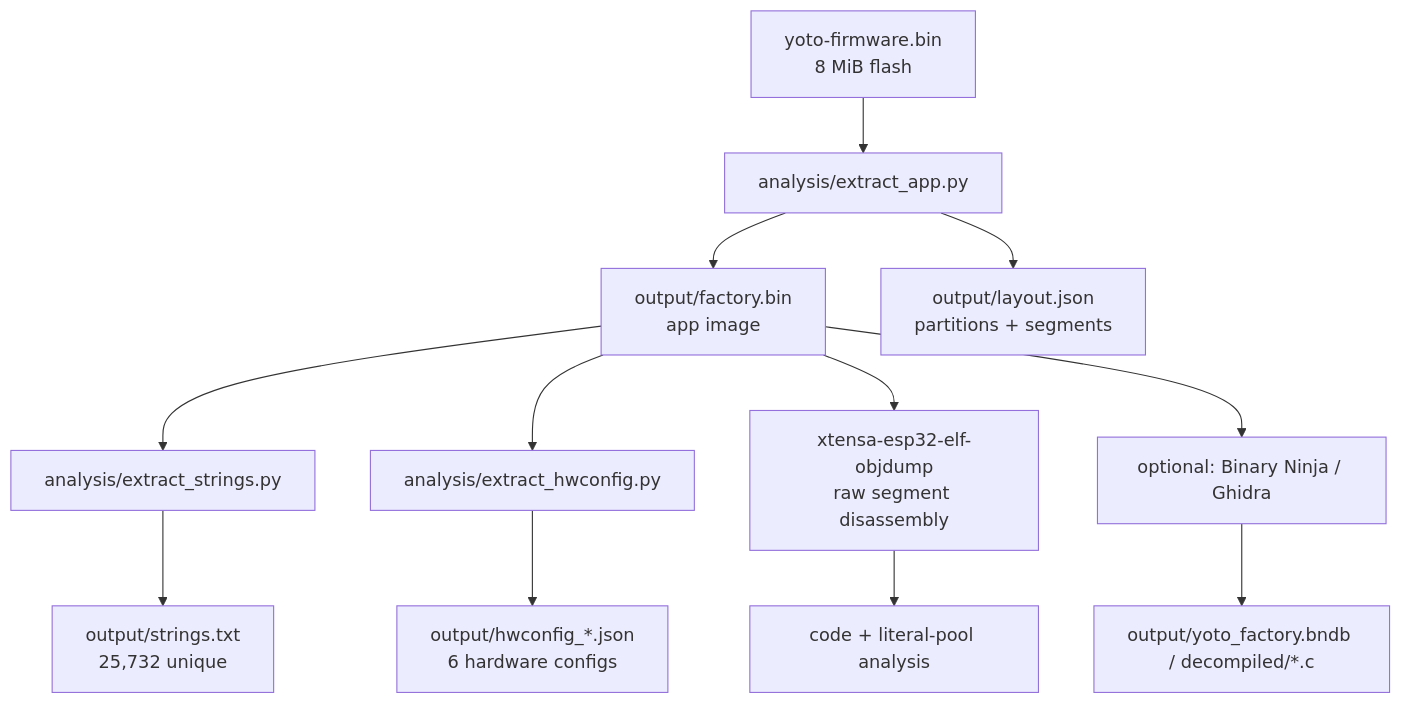
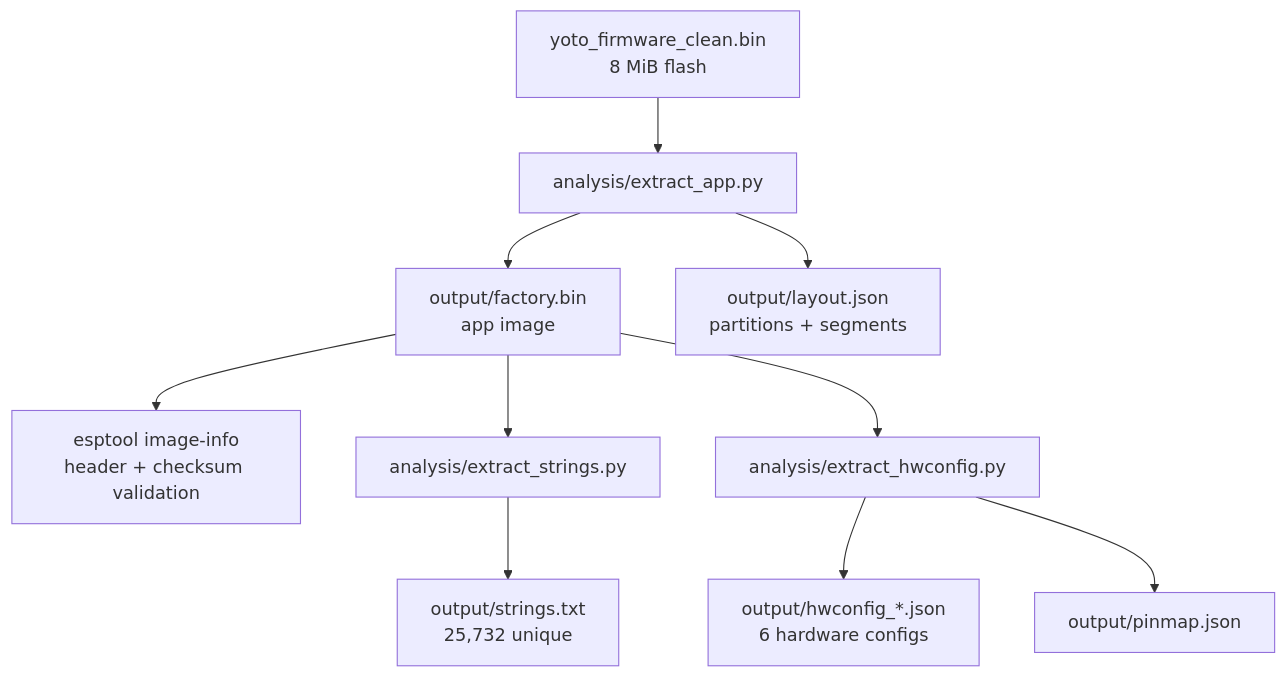
Before and after one commit to tensorfish/open-yoto: the diagram in docs/methodology.md, drawn with Mermaid. The commit also changed other lines of this file and 55 other files, not shown here.

````diff
--- a/docs/methodology.md
+++ b/docs/methodology.md
@@ -15,14 +13,12 @@
 ```mermaid
 graph TD
-  A[yoto-firmware.bin<br/>8 MiB flash] --> B[analysis/extract_app.py]
+  A[yoto_firmware_clean.bin<br/>8 MiB flash] --> B[analysis/extract_app.py]
   B --> C[output/factory.bin<br/>app image]
   B --> D[output/layout.json<br/>partitions + segments]
-  C --> E[analysis/extract_strings.py]
-  E --> F[output/strings.txt<br/>25,732 unique]
-  C --> G[analysis/extract_hwconfig.py]
-  G --> H[output/hwconfig_*.json<br/>6 hardware configs]
-  C --> I[xtensa-esp32-elf-objdump<br/>raw segment disassembly]
-  I --> J[code + literal-pool analysis]
-  C --> K[optional: Binary Ninja / Ghidra]
-  K --> L[output/yoto_factory.bndb / decompiled/*.c]
+  C --> E[esptool image-info<br/>header + checksum validation]
+  C --> F[analysis/extract_strings.py]
+  F --> G[output/strings.txt<br/>25,732 unique]
+  C --> H[analysis/extract_hwconfig.py]
+  H --> I[output/hwconfig_*.json<br/>6 hardware configs]
+  H --> J[output/pinmap.json]
 ```
````
